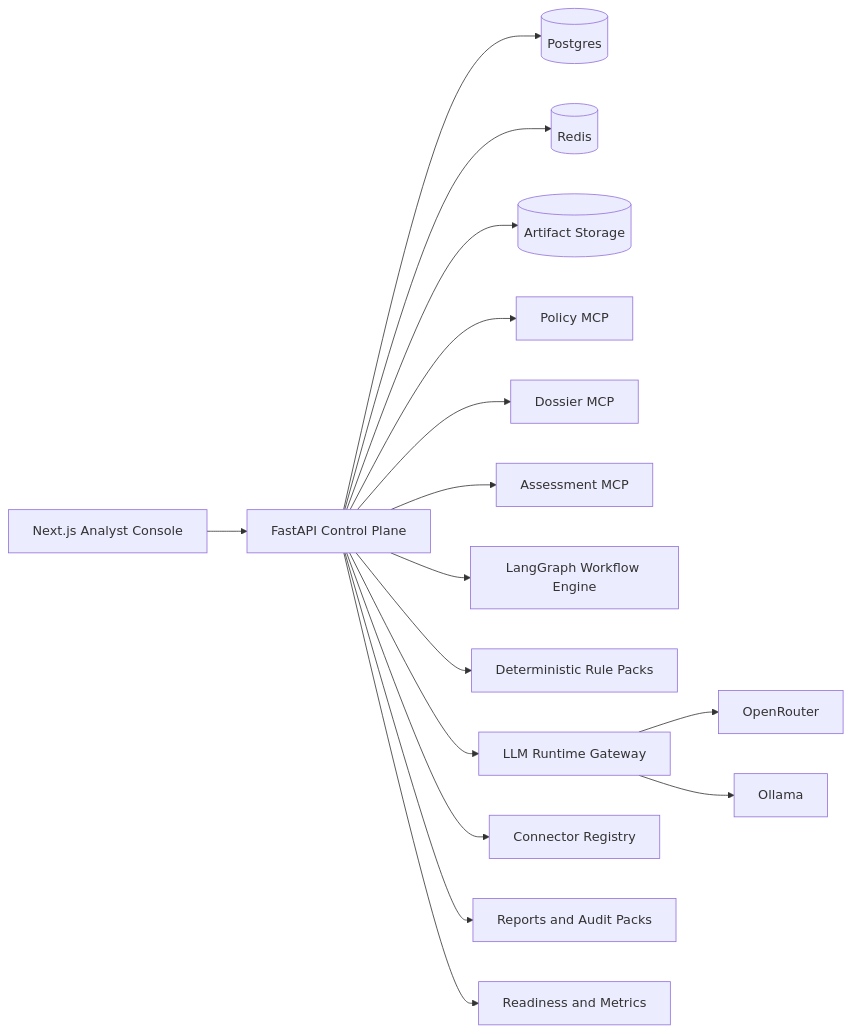
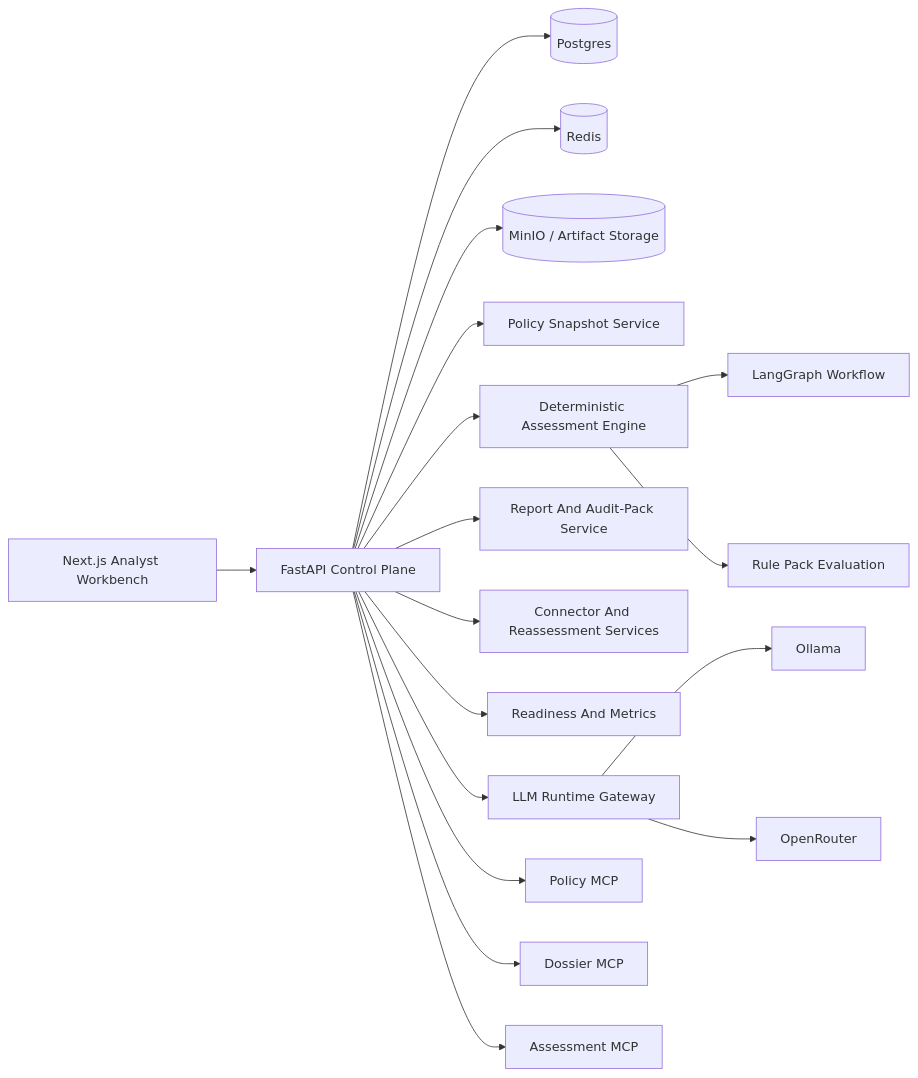
Before and after one commit to Mehulupase01/AI-Act-Risk-Classifier-Agent-with-MCP-LangGraph: the first of 2 diagrams in README.md, drawn with Mermaid. The commit also changed other lines of this file and 6 other files, not shown here.

````diff
--- a/README.md
+++ b/README.md
@@ -46,18 +134,20 @@
 ```mermaid
 flowchart LR
-    W[Next.js Analyst Console] --> A[FastAPI Control Plane]
-    A --> P[(Postgres)]
-    A --> R[(Redis)]
-    A --> S[(Artifact Storage)]
-    A --> M1[Policy MCP]
-    A --> M2[Dossier MCP]
-    A --> M3[Assessment MCP]
-    A --> LG[LangGraph Workflow Engine]
-    A --> RP[Deterministic Rule Packs]
-    A --> RT[LLM Runtime Gateway]
-    A --> C[Connector Registry]
-    A --> X[Reports and Audit Packs]
-    A --> O[Readiness and Metrics]
-    RT --> OR[OpenRouter]
-    RT --> OL[Ollama]
+    W[Next.js Analyst Workbench] --> API[FastAPI Control Plane]
+    API --> DB[(Postgres)]
+    API --> REDIS[(Redis)]
+    API --> OBJ[(MinIO / Artifact Storage)]
+    API --> POLICY[Policy Snapshot Service]
+    API --> ASSESS[Deterministic Assessment Engine]
+    API --> REPORTS[Report And Audit-Pack Service]
+    API --> CONNECT[Connector And Reassessment Services]
+    API --> MON[Readiness And Metrics]
+    ASSESS --> GRAPH[LangGraph Workflow]
+    ASSESS --> RULES[Rule Pack Evaluation]
+    API --> RUNTIME[LLM Runtime Gateway]
+    RUNTIME --> OLLAMA[Ollama]
+    RUNTIME --> OPENROUTER[OpenRouter]
+    API --> MCP1[Policy MCP]
+    API --> MCP2[Dossier MCP]
+    API --> MCP3[Assessment MCP]
 ```
````
